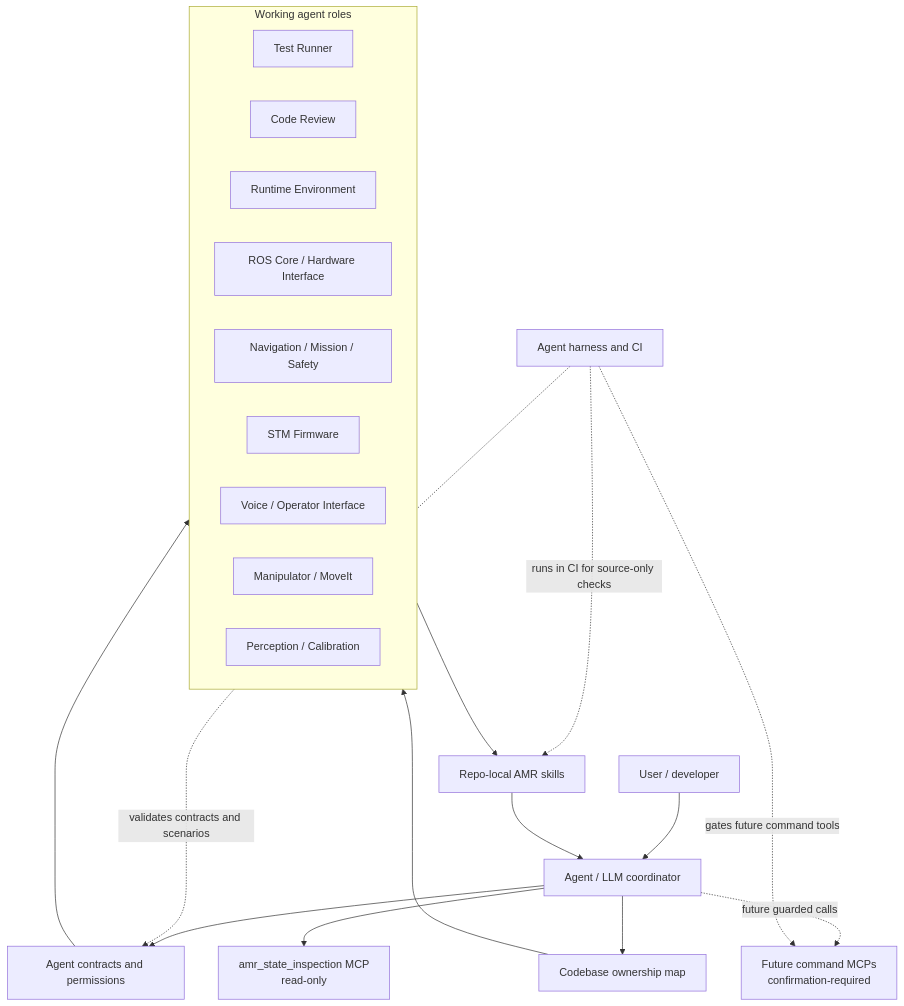
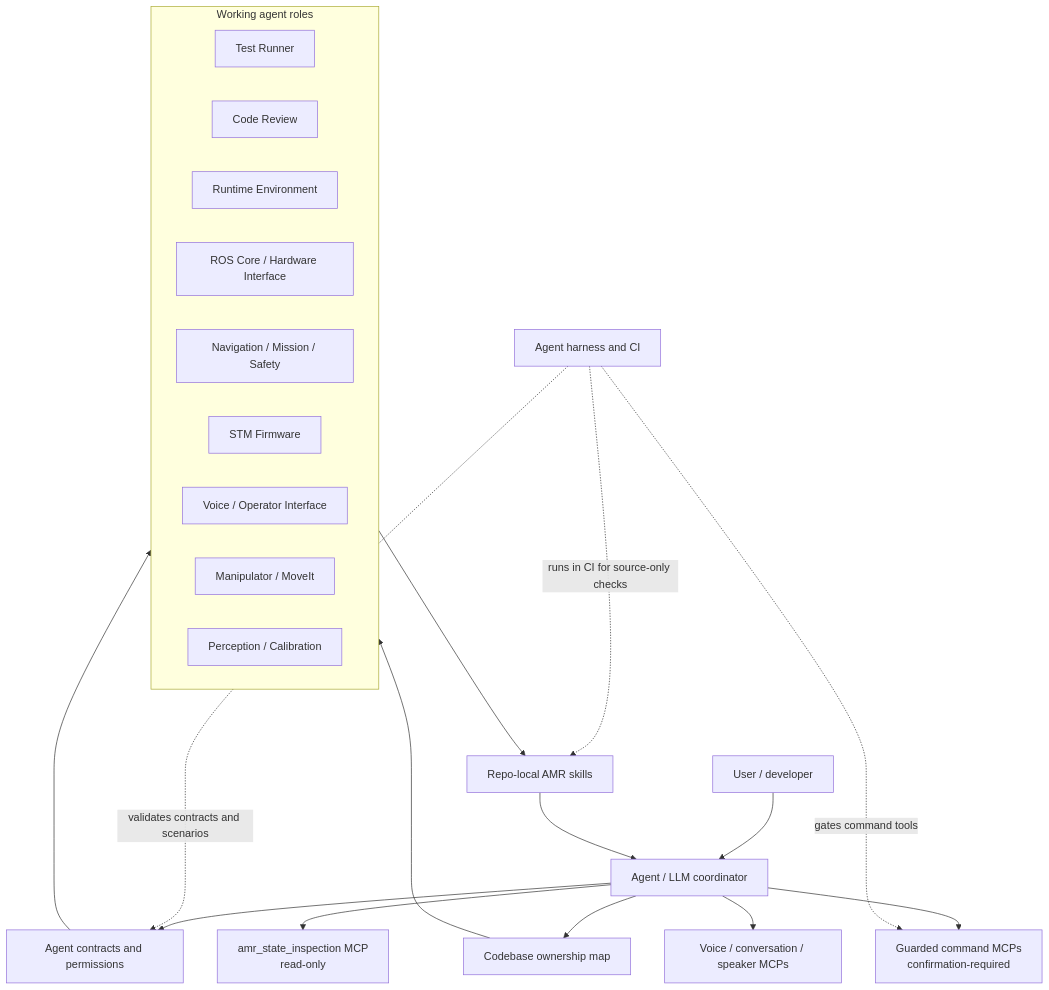
The second of 2 diagrams in docs/agentic/agentic_behavior_diagram.md (KartikMehta-1/AMR-development), drawn with Mermaid before and after one commit. The commit also changed other lines of this file and 31 other files, not shown here.

````diff
--- a/docs/agentic/agentic_behavior_diagram.md
+++ b/docs/agentic/agentic_behavior_diagram.md
@@ -78,36 +98,38 @@
 ```mermaid
 flowchart TB
   USER[User / developer]
   AGENT[Agent / LLM coordinator]
   CONTRACTS[Agent contracts and permissions]
   OWNERS[Codebase ownership map]
   SKILLS[Repo-local AMR skills]
   HARNESS[Agent harness and CI]
   MCP_STATE[amr_state_inspection MCP\nread-only]
-  MCP_CMD[Future command MCPs\nconfirmation-required]
+  MCP_CMD[Guarded command MCPs\nconfirmation-required]
+  MCP_VOICE[Voice / conversation / speaker MCPs]
 
   subgraph ROLESET[Working agent roles]
     TEST[Test Runner]
     REVIEW[Code Review]
     RUNTIME[Runtime Environment]
     ROS[ROS Core / Hardware Interface]
     NAV[Navigation / Mission / Safety]
     STM[STM Firmware]
     VOICE[Voice / Operator Interface]
     ARM[Manipulator / MoveIt]
     PERCEPTION[Perception / Calibration]
   end
 
   USER --> AGENT
   AGENT --> CONTRACTS
   AGENT --> OWNERS
   CONTRACTS --> ROLESET
   OWNERS --> ROLESET
   ROLESET --> SKILLS
   SKILLS --> AGENT
   AGENT --> MCP_STATE
-  AGENT -.future guarded calls.-> MCP_CMD
+  AGENT --> MCP_VOICE
+  AGENT --> MCP_CMD
   HARNESS -.validates contracts and scenarios.-> CONTRACTS
-  HARNESS -.gates future command tools.-> MCP_CMD
+  HARNESS -.gates command tools.-> MCP_CMD
   HARNESS -.runs in CI for source-only checks.-> SKILLS
 ```
````
